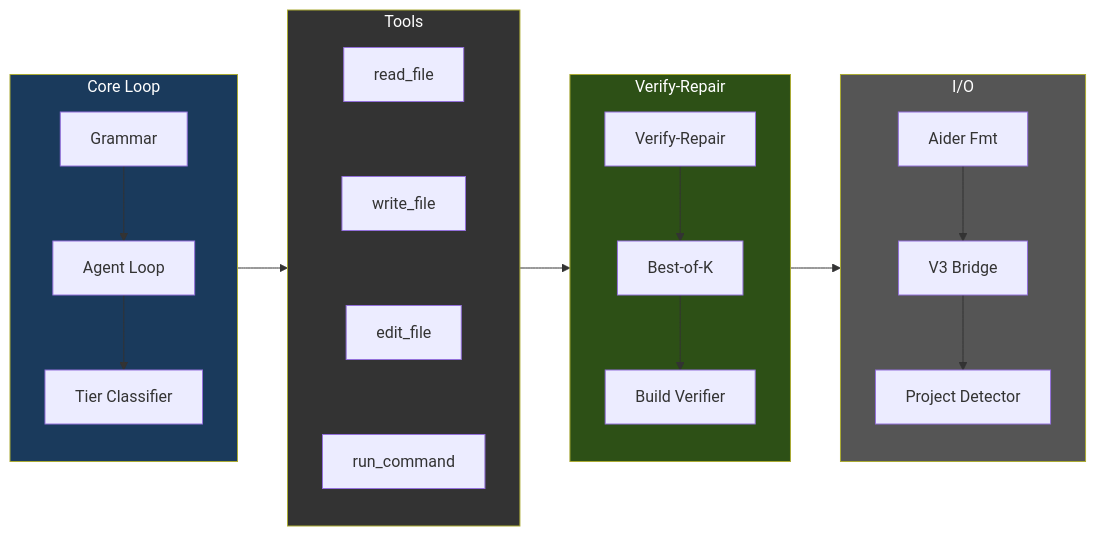
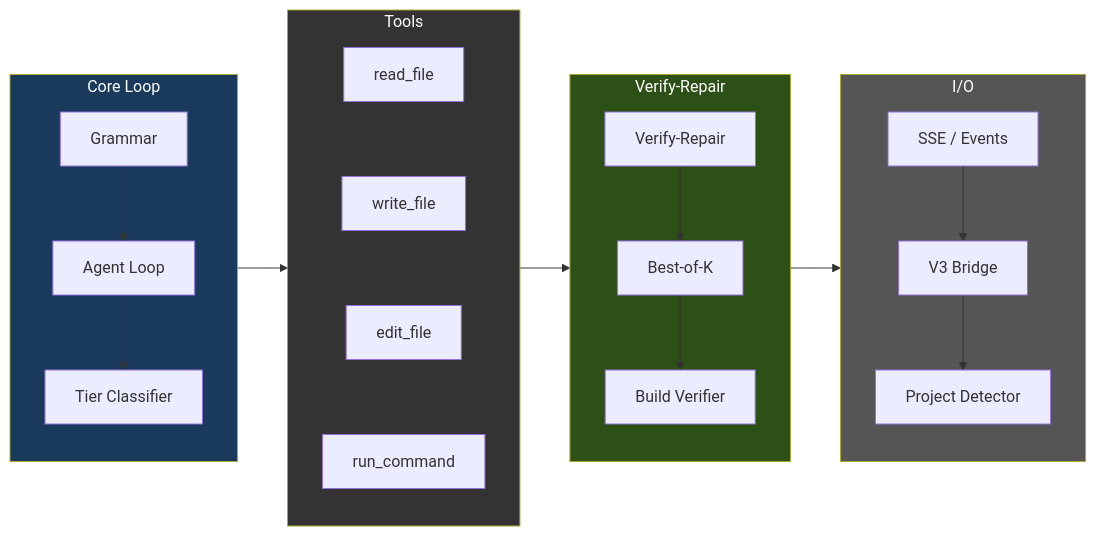
The second of 13 diagrams in docs/ARCHITECTURE.md (itigges22/ATLAS), drawn with Mermaid before and after one commit. The commit also changed other lines of this file and 28 other files, not shown here.

````diff
--- a/docs/ARCHITECTURE.md
+++ b/docs/ARCHITECTURE.md
@@ -67,22 +60,22 @@
 ```mermaid
 graph LR
     subgraph core["Core Loop"]
         Grammar["Grammar"] --> AgentLoop["Agent Loop"] --> TierClass["Tier Classifier"]
     end
     subgraph tools["Tools"]
         ReadF["read_file"] ~~~ WriteF["write_file"] ~~~ EditF["edit_file"] ~~~ RunCmd["run_command"]
     end
     subgraph pipeline["Verify-Repair"]
         VR["Verify-Repair"] --> BOK["Best-of-K"] --> BV["Build Verifier"]
     end
     subgraph format["I/O"]
-        AiderFmt["Aider Fmt"] --> V3Bridge["V3 Bridge"] --> ProjDet["Project Detector"]
+        SSE["SSE / Events"] --> V3Bridge["V3 Bridge"] --> ProjDet["Project Detector"]
     end
 
     core --> tools --> pipeline --> format
 
     style core fill:#1a3a5c,color:#fff
     style tools fill:#333,color:#fff
     style pipeline fill:#2d5016,color:#fff
     style format fill:#555,color:#fff
 ```
````
